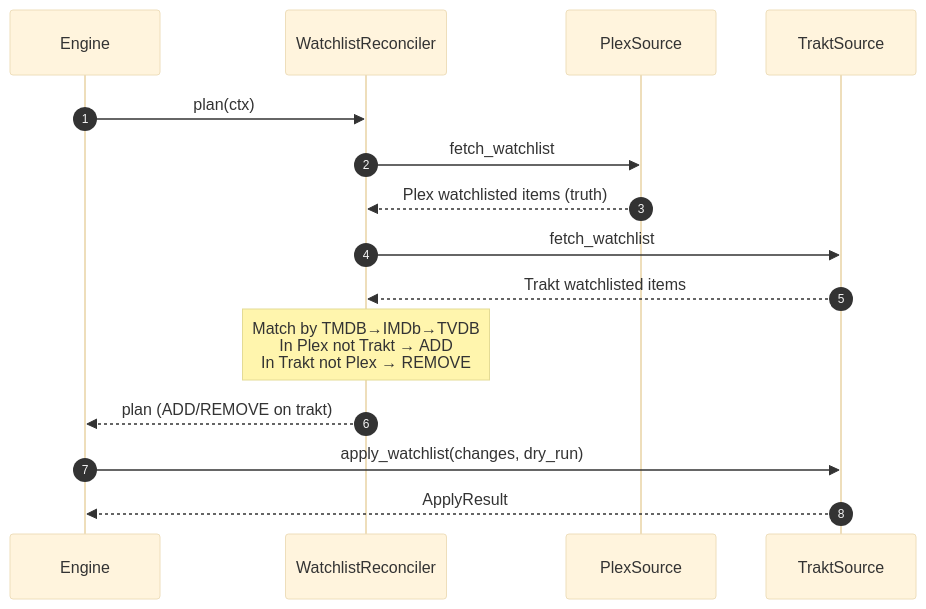
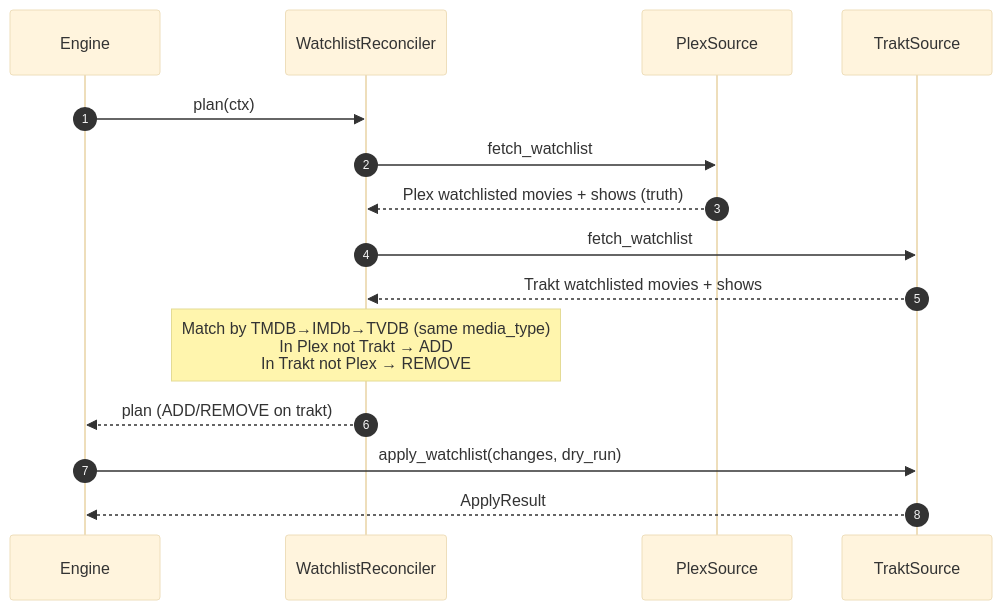
The sixth of 11 diagrams in docs/sync-flows.md (CampAsAChamp/plextraktbox), drawn with Mermaid (base theme) before and after one commit. The commit also changed other lines of this file and 7 other files, not shown here.

````diff
--- a/docs/sync-flows.md
+++ b/docs/sync-flows.md
@@ -139,20 +140,20 @@
 ```mermaid
 sequenceDiagram
   autonumber
   participant Eng as Engine
   participant Rec as WatchlistReconciler
   participant Plex as PlexSource
   participant Trakt as TraktSource
 
   Eng->>Rec: plan(ctx)
   Rec->>Plex: fetch_watchlist
-  Plex-->>Rec: Plex watchlisted items (truth)
+  Plex-->>Rec: Plex watchlisted movies + shows (truth)
   Rec->>Trakt: fetch_watchlist
-  Trakt-->>Rec: Trakt watchlisted items
+  Trakt-->>Rec: Trakt watchlisted movies + shows
 
-  Note over Rec: Match by TMDB→IMDb→TVDB<br/>In Plex not Trakt → ADD<br/>In Trakt not Plex → REMOVE
+  Note over Rec: Match by TMDB→IMDb→TVDB (same media_type)<br/>In Plex not Trakt → ADD<br/>In Trakt not Plex → REMOVE
 
   Rec-->>Eng: plan (ADD/REMOVE on trakt)
   Eng->>Trakt: apply_watchlist(changes, dry_run)
   Trakt-->>Eng: ApplyResult
 ```
````
